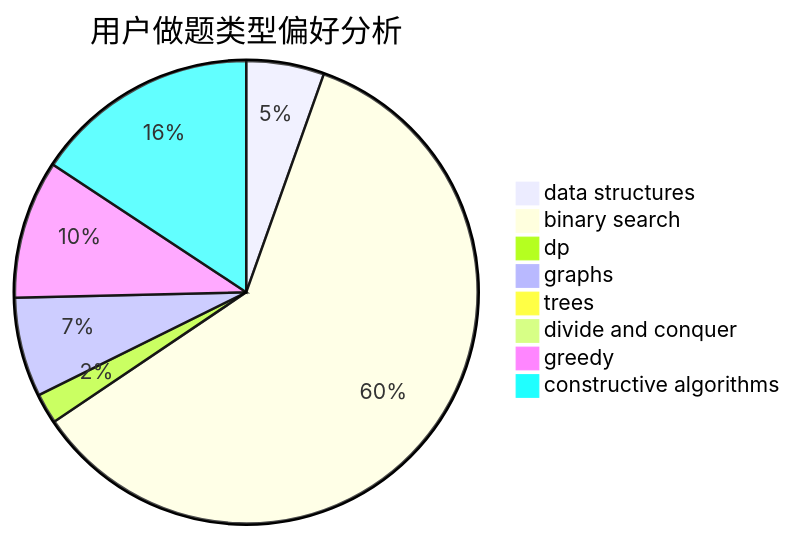
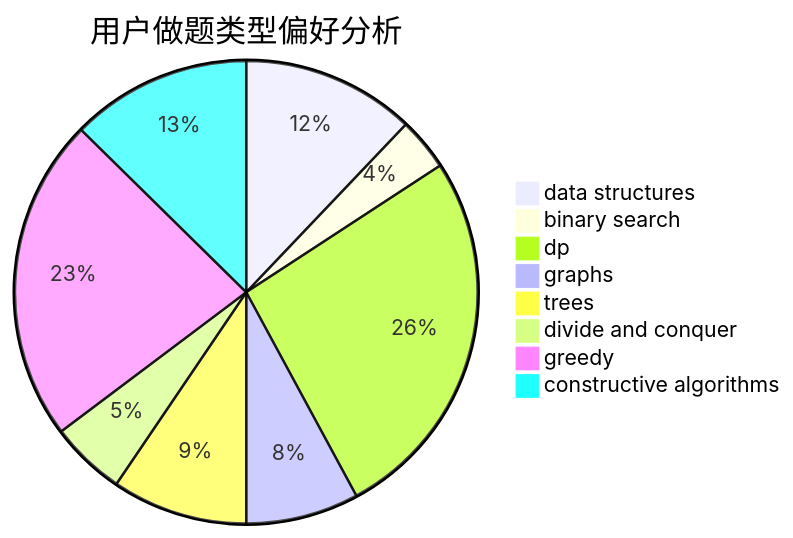
One commit to sherpahu/cfrs.github.io changed the second of 3 diagrams in docs/user/u683.md. Above: the diagram before and after it, drawn with Mermaid. The commit also changed other lines of this file and 2770 other files, not shown here.

````diff
--- a/docs/user/u683.md
+++ b/docs/user/u683.md
@@ -23,11 +23,11 @@
 ```mermaid
 pie title 用户做题类型偏好分析
-    "data structures" :  18
-    "binary search" :  199
-    "dp" :  7
-    "graphs" :  23
-    "trees" :  3
-    "divide and conquer" :  0
-    "greedy" :  32
-    "constructive algorithms" :  52
+    "data structures" :  23
+    "binary search" :  7
+    "dp" :  50
+    "graphs" :  15
+    "trees" :  18
+    "divide and conquer" :  10
+    "greedy" :  43
+    "constructive algorithms" :  24
 ```
````
